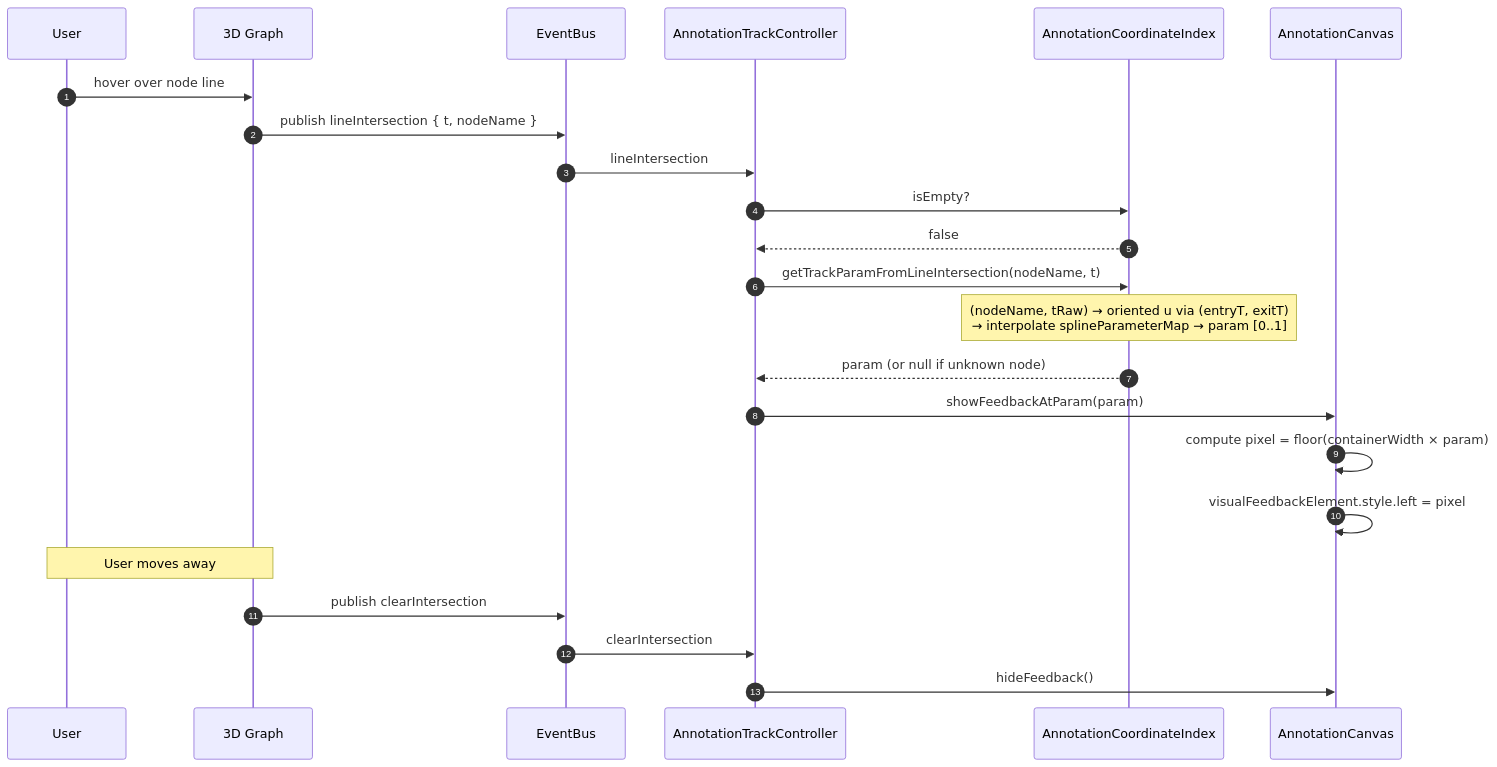
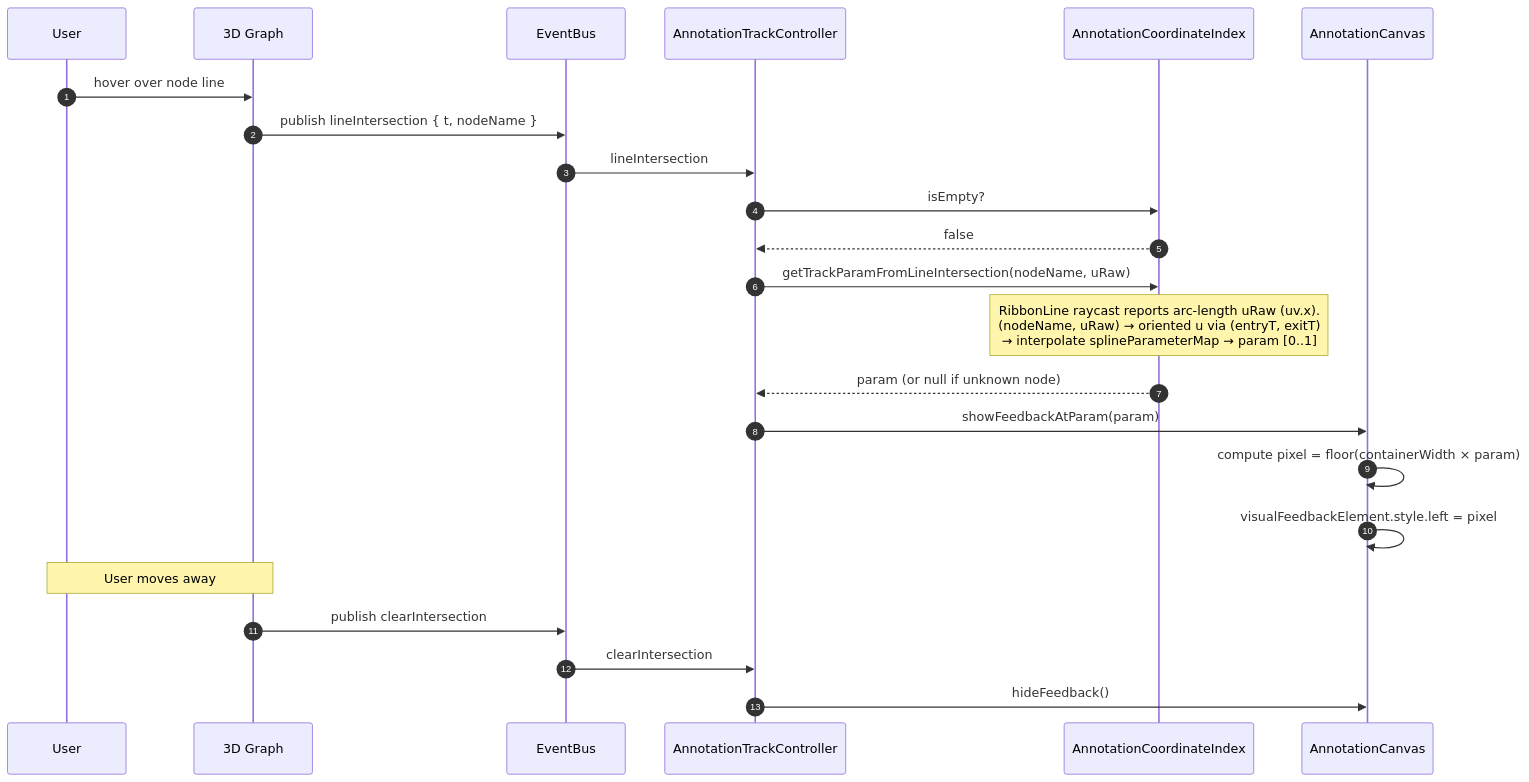
One commit to CAST-genomics/pgb changed the fourth of 9 diagrams in notes/architecture/annotation-track-interaction.md. Above: the diagram before and after it, drawn with Mermaid. The commit also changed other lines of this file, not shown here.

Commit message:
Update Annotation Track Interaction doc

````diff
--- a/notes/architecture/annotation-track-interaction.md
+++ b/notes/architecture/annotation-track-interaction.md
@@ -185,31 +187,31 @@
 ```mermaid
 %%{init: {'themeVariables': {'fontSize': '16px'}}}%%
 sequenceDiagram
     autonumber
     participant User
     participant R3D as 3D Graph
     participant EB as EventBus
     participant ATC as AnnotationTrackController
     participant ACI as AnnotationCoordinateIndex
     participant AC as AnnotationCanvas
 
     User->>R3D: hover over node line
     R3D->>EB: publish lineIntersection { t, nodeName }
     EB->>ATC: lineIntersection
 
     ATC->>ACI: isEmpty?
     ACI-->>ATC: false
 
-    ATC->>ACI: getTrackParamFromLineIntersection(nodeName, t)
-    Note over ACI: (nodeName, tRaw) → oriented u via (entryT, exitT)<br/>→ interpolate splineParameterMap → param [0..1]
+    ATC->>ACI: getTrackParamFromLineIntersection(nodeName, uRaw)
+    Note over ACI: RibbonLine raycast reports arc-length uRaw (uv.x).<br/>(nodeName, uRaw) → oriented u via (entryT, exitT)<br/>→ interpolate splineParameterMap → param [0..1]
     ACI-->>ATC: param (or null if unknown node)
 
     ATC->>AC: showFeedbackAtParam(param)
     AC->>AC: compute pixel = floor(containerWidth × param)
     AC->>AC: visualFeedbackElement.style.left = pixel
 
     Note over User,R3D: User moves away
     R3D->>EB: publish clearIntersection
     EB->>ATC: clearIntersection
     ATC->>AC: hideFeedback()
 ```
````
